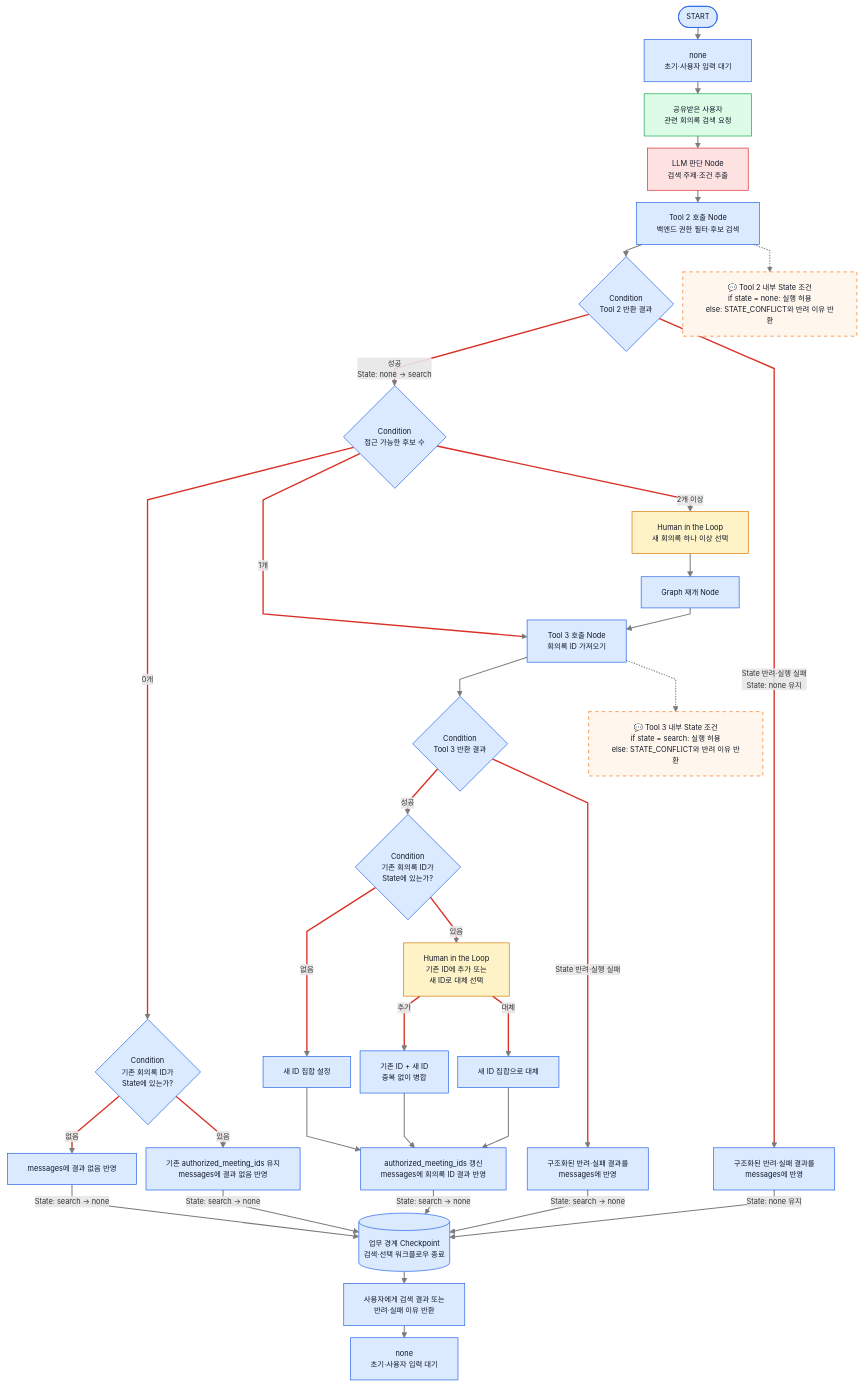
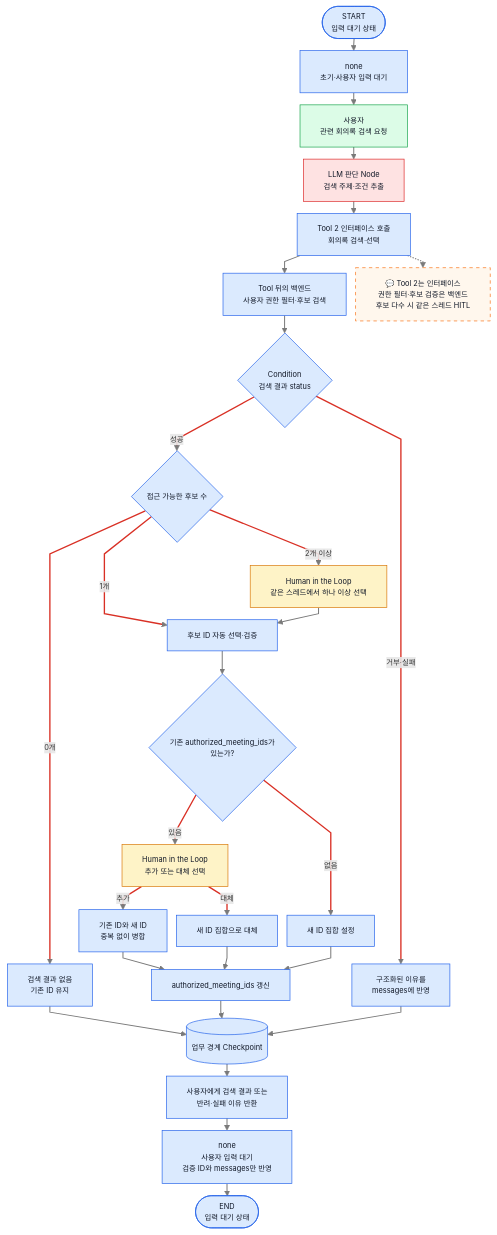
One commit to ericyum/Obsidian changed the ninth of 10 diagrams in ZENAI/에이전트 설계/회의록 에이전트 설계/1. 회의록 에이전트 워크플로우 graph 정의.md. Above: the diagram before and after it, drawn with Mermaid. The commit also changed other lines of this file and 11 other files, not shown here.

````diff
--- a/ZENAI/에이전트 설계/회의록 에이전트 설계/1. 회의록 에이전트 워크플로우 graph 정의.md
+++ b/ZENAI/에이전트 설계/회의록 에이전트 설계/1. 회의록 에이전트 워크플로우 graph 정의.md
@@ -475,49 +387,43 @@
 ```mermaid
 %%{init: {"flowchart": {"useMaxWidth": true, "nodeSpacing": 14, "rankSpacing": 18, "curve": "linear"}, "themeVariables": {"fontSize": "11px"}}}%%
 flowchart TB
-    S(["START"]) --> W1["none<br/>초기·사용자 입력 대기"]
-    W1 --> U["공유받은 사용자<br/>관련 회의록 검색 요청"]
+    S(["START<br/>입력 대기 상태"]) --> ST["none<br/>초기·사용자 입력 대기"]
+    ST --> U["사용자<br/>관련 회의록 검색 요청"]
     U --> A["LLM 판단 Node<br/>검색 주제·조건 추출"]
-    A --> T4["Tool 2 호출 Node<br/>백엔드 권한 필터·후보 검색"]
-    T4 --> R4{"Condition<br/>Tool 2 반환 결과"}
-    R4 -->|"성공<br/>State: none → search"| C{"Condition<br/>접근 가능한 후보 수"}
-    R4 -->|"State 반려·실행 실패<br/>State: none 유지"| E4["구조화된 반려·실패 결과를<br/>messages에 반영"]
-    C -->|"0개"| EX0{"Condition<br/>기존 회의록 ID가<br/>State에 있는가?"}
-    C -->|"1개"| T5["Tool 3 호출 Node<br/>회의록 ID 가져오기"]
-    C -->|"2개 이상"| H1["Human in the Loop<br/>새 회의록 하나 이상 선택"]
-    H1 --> R1["Graph 재개 Node"]
-    R1 --> T5
-    EX0 -->|"없음"| N["messages에 결과 없음 반영"]
-    EX0 -->|"있음"| KEEP["기존 authorized_meeting_ids 유지<br/>messages에 결과 없음 반영"]
-    T5 --> R5{"Condition<br/>Tool 3 반환 결과"}
-    R5 -->|"성공"| EX{"Condition<br/>기존 회의록 ID가<br/>State에 있는가?"}
-    R5 -->|"State 반려·실행 실패"| E5["구조화된 반려·실패 결과를<br/>messages에 반영"]
+    A --> T2["Tool 2 인터페이스 호출<br/>회의록 검색·선택"]
+    T2 --> B["Tool 뒤의 백엔드<br/>사용자 권한 필터·후보 검색"]
+    B --> RC{"Condition<br/>검색 결과 status"}
+    RC -->|"거부·실패"| ER["구조화된 이유를<br/>messages에 반영"]
+    RC -->|"성공"| C{"접근 가능한 후보 수"}
+    C -->|"0개"| N["검색 결과 없음<br/>기존 ID 유지"]
+    C -->|"1개"| SEL["후보 ID 자동 선택·검증"]
+    C -->|"2개 이상"| H1["Human in the Loop<br/>같은 스레드에서 하나 이상 선택"]
+    H1 --> SEL
+    SEL --> EX{"기존 authorized_meeting_ids가<br/>있는가?"}
     EX -->|"없음"| SET["새 ID 집합 설정"]
-    EX -->|"있음"| H2["Human in the Loop<br/>기존 ID에 추가 또는<br/>새 ID로 대체 선택"]
-    H2 -->|"추가"| ADD["기존 ID + 새 ID<br/>중복 없이 병합"]
+    EX -->|"있음"| H2["Human in the Loop<br/>추가 또는 대체 선택"]
+    H2 -->|"추가"| ADD["기존 ID와 새 ID<br/>중복 없이 병합"]
     H2 -->|"대체"| REP["새 ID 집합으로 대체"]
-    ADD --> IDs["authorized_meeting_ids 갱신<br/>messages에 회의록 ID 결과 반영"]
+    ADD --> IDs["authorized_meeting_ids 갱신"]
     REP --> IDs
     SET --> IDs
-    N -->|"State: search → none"| CP[("업무 경계 Checkpoint<br/>검색·선택 워크플로우 종료")]
-    KEEP -->|"State: search → none"| CP
-    IDs -->|"State: search → none"| CP
-    E4 -->|"State: none 유지"| CP
-    E5 -->|"State: search → none"| CP
+    N --> CP[("업무 경계 Checkpoint")]
+    IDs --> CP
+    ER --> CP
     CP --> OUT["사용자에게 검색 결과 또는<br/>반려·실패 이유 반환"]
-    OUT --> W2["none<br/>초기·사용자 입력 대기"]
-    T4 -.-> N4["💬 Tool 2 내부 State 조건<br/>if state = none: 실행 허용<br/>else: STATE_CONFLICT와 반려 이유 반환"]
-    T5 -.-> N5["💬 Tool 3 내부 State 조건<br/>if state = search: 실행 허용<br/>else: STATE_CONFLICT와 반려 이유 반환"]
+    OUT --> FS["none<br/>사용자 입력 대기<br/>검증 ID와 messages만 반영"]
+    FS --> E(["END<br/>입력 대기 상태"])
+    T2 -.-> NT["💬 Tool 2는 인터페이스<br/>권한 필터·후보 검증은 백엔드<br/>후보 다수 시 같은 스레드 HITL"]
     classDef user fill:#dcfce7,stroke:#16a34a,color:#111827;
     classDef hitl fill:#fef3c7,stroke:#d97706,color:#111827;
     classDef internal fill:#dbeafe,stroke:#2563eb,color:#111827;
     classDef llm fill:#fee2e2,stroke:#dc2626,color:#111827;
-    classDef note fill:#fff7ed,stroke:#f97316,color:#111827,stroke-dasharray: 5 5;
+    classDef note fill:#fff7ed,stroke:#f97316,color:#111827,stroke-dasharray:5 5;
     class U user;
     class H1,H2 hitl;
     class A llm;
-    class N4,N5 note;
-    class S,W1,W2,T4,R4,C,E4,EX0,N,KEEP,T5,R1,R5,E5,EX,SET,ADD,REP,IDs,CP,OUT internal;
+    class NT note;
+    class S,ST,T2,B,RC,ER,C,N,SEL,EX,SET,ADD,REP,IDs,CP,OUT,FS,E internal;
     linkStyle default stroke:#7a7a7a,stroke-width:1.5px;
-    linkStyle 5,6,7,8,9,12,13,15,16,17,18,19,20 stroke:#d93025,stroke-width:2px;
+    linkStyle 6,7,8,9,10,13,14,15,16 stroke:#d93025,stroke-width:2px;
 ```
````
